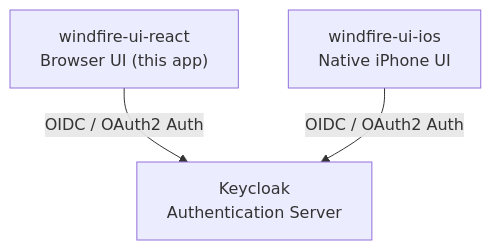
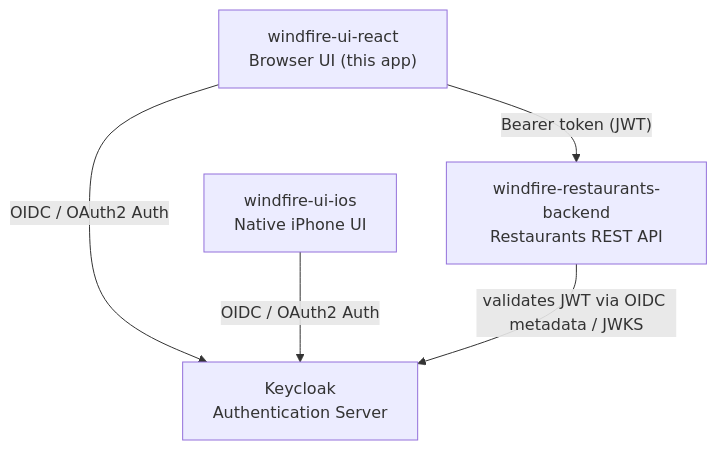
One commit to robipozzi/windfire-ui-react changed the diagram in README.md. Above: the diagram before and after it, drawn with Mermaid. The commit also changed other lines of this file, not shown here.

````diff
--- a/README.md
+++ b/README.md
@@ -11,9 +11,12 @@
 ```mermaid
 graph TD
     A["windfire-ui-react<br/>Browser UI (this app)"]
     B["windfire-ui-ios<br/>Native iPhone UI"]
     C["Keycloak<br/>Authentication Server"]
+    D["windfire-restaurants-backend<br/>Restaurants REST API"]
 
     A -->|"OIDC / OAuth2 Auth"| C
     B -->|"OIDC / OAuth2 Auth"| C
+    A -->|"Bearer token (JWT)"| D
+    D -->|"validates JWT via OIDC metadata / JWKS"| C
 ```
````
